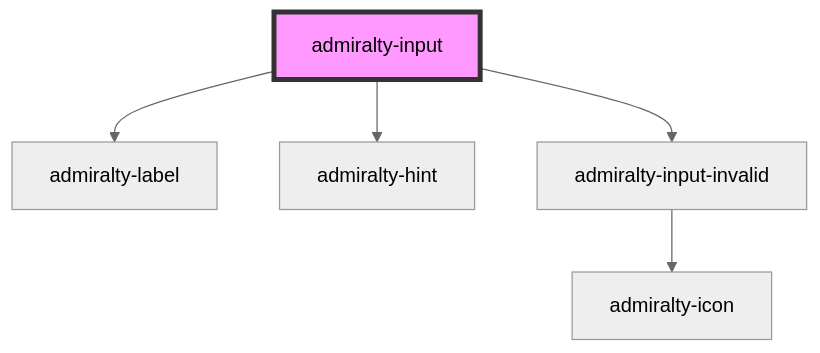
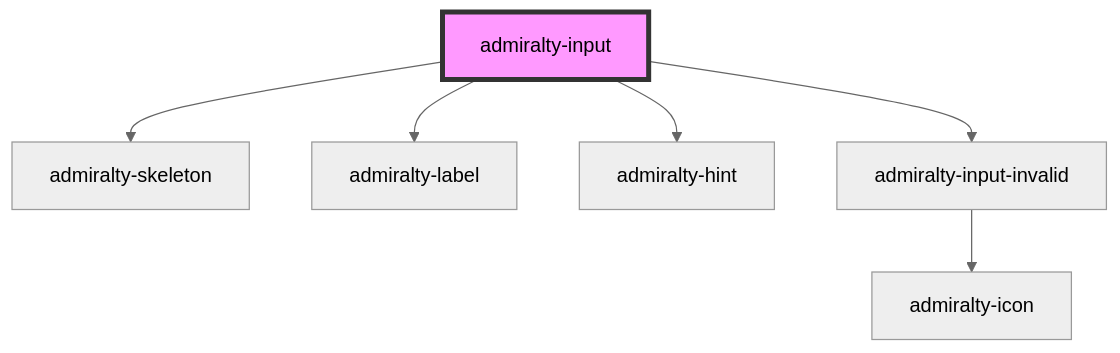
One commit to UKHO/admiralty-design-system changed the diagram in packages/core/src/components/input/readme.md. Above: the diagram before and after it, drawn with Mermaid (neutral theme). The commit also changed other lines of this file and 7 other files, not shown here.

Commit message:
feat: input skeleton loading

````diff
--- a/packages/core/src/components/input/readme.md
+++ b/packages/core/src/components/input/readme.md
@@ -59,8 +64,9 @@
 ```mermaid
 graph TD;
+  admiralty-input --> admiralty-skeleton
   admiralty-input --> admiralty-label
   admiralty-input --> admiralty-hint
   admiralty-input --> admiralty-input-invalid
   admiralty-input-invalid --> admiralty-icon
   style admiralty-input fill:#f9f,stroke:#333,stroke-width:4px
 ```
````
